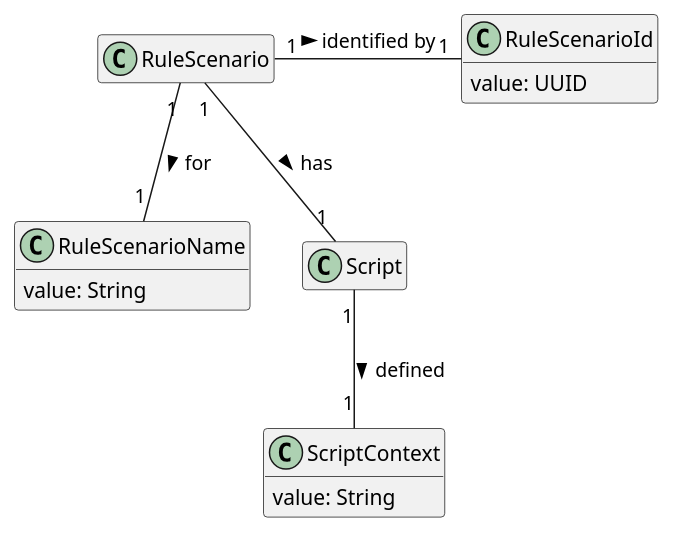
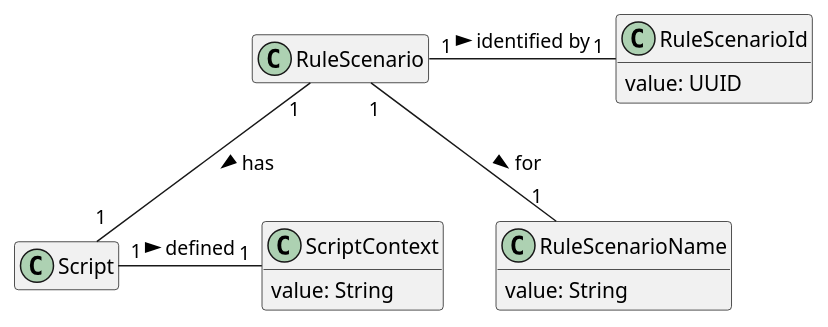
One commit to FilipeMCruz/dissertation changed the diagram in assets/diagrams/design/domain/rule-management-model.pu. Above: the diagram before and after it, drawn with PlantUML. The commit also changed 27 other files, not shown here.

```diff
--- a/assets/diagrams/design/domain/rule-management-model.pu
+++ b/assets/diagrams/design/domain/rule-management-model.pu
@@ -1,30 +1,30 @@
 @startuml rule-management-model
 
 hide empty members
 
 class RuleScenario {
 
 }
 
 class RuleScenarioId {
     value: UUID
 }
 
 class RuleScenarioName {
     value: String
 }
 
 class Script {
 
 }
 
 class ScriptContext {
     value: String
 }
 
 RuleScenario "1" -- "1" Script : has >
 RuleScenario "1" - "1" RuleScenarioId : identified by >
 RuleScenario "1" -- "1" RuleScenarioName : for >
-Script "1" -- "1" ScriptContext : defined >
+Script "1" - "1" ScriptContext : defined >
 
 @enduml
```
